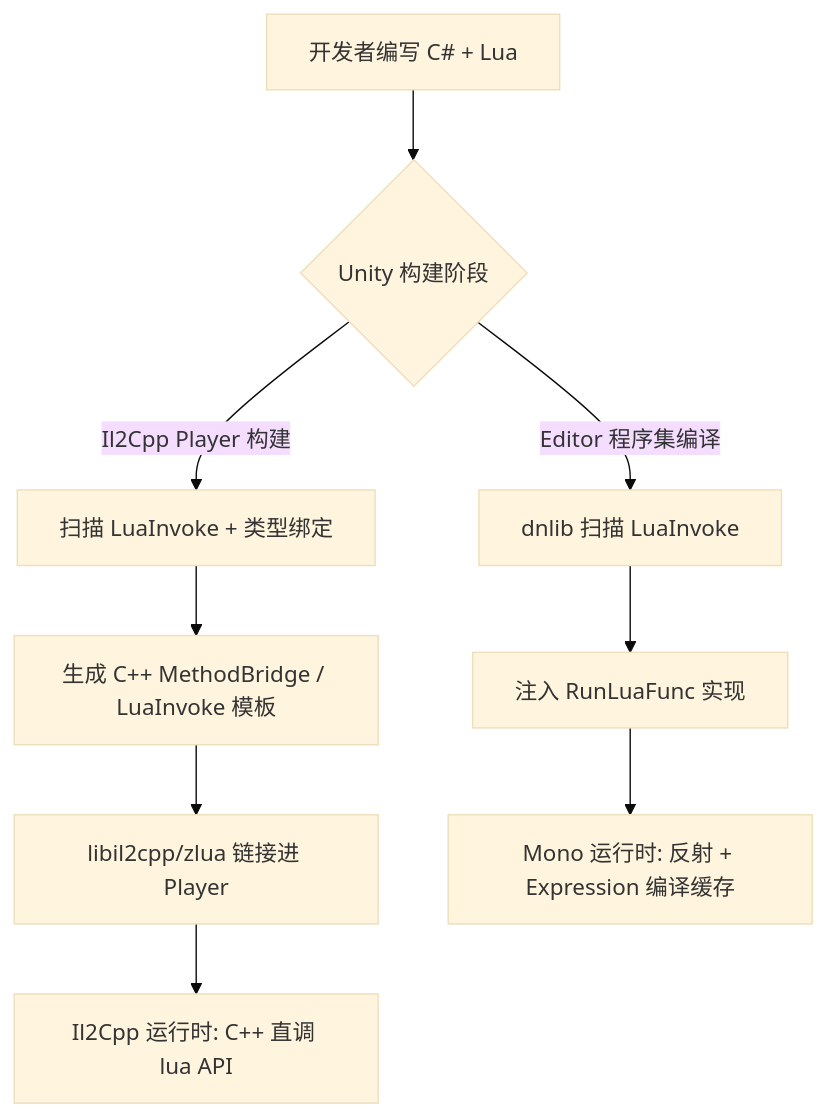
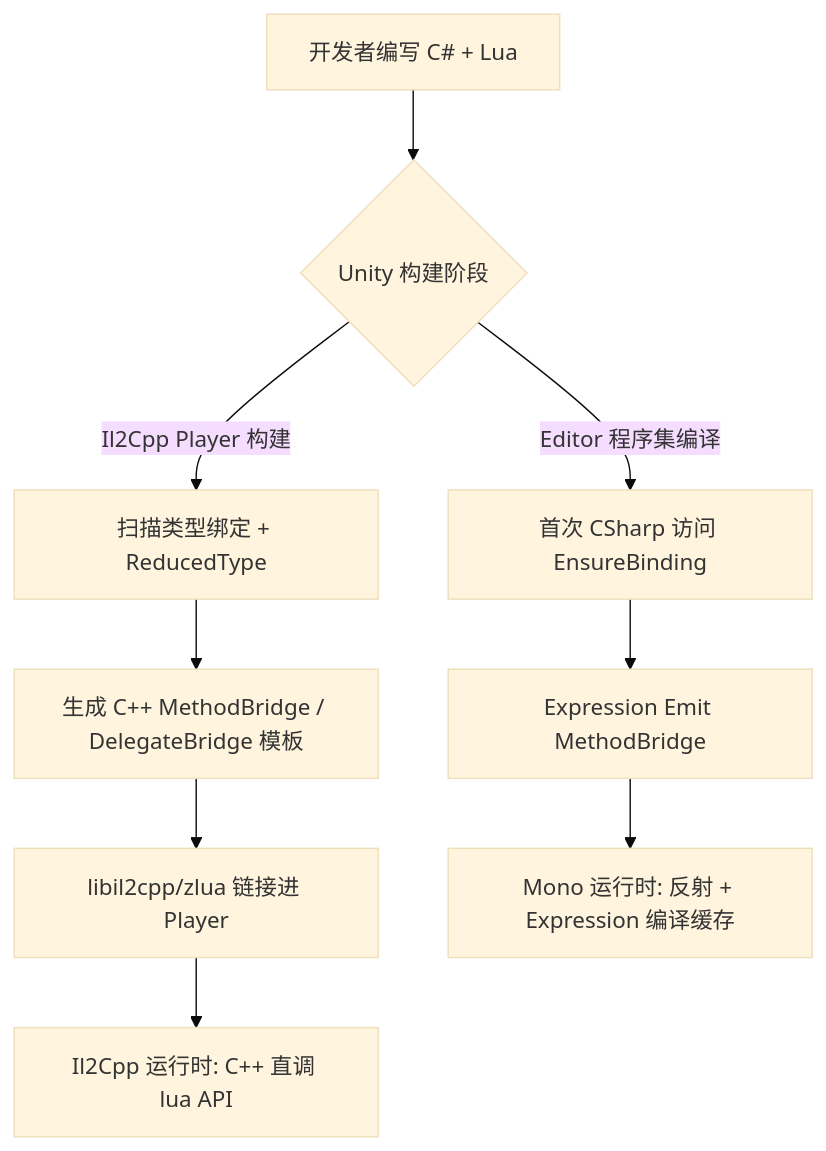
The second of 2 diagrams in docs/concepts/design-overview.md (focus-creative-games/zlua-doc), drawn with Mermaid (base theme) before and after one commit. The commit also changed other lines of this file and 48 other files, not shown here.

Commit message:
doc: remove `LuaInvoke`

````diff
--- a/docs/concepts/design-overview.md
+++ b/docs/concepts/design-overview.md
@@ -62,11 +61,11 @@
 ```mermaid
 flowchart TB
     A[开发者编写 C# + Lua] --> B{Unity 构建阶段}
-    B -->|Editor 程序集编译| C[dnlib 扫描 LuaInvoke]
-    C --> D[注入 RunLuaFunc 实现]
-    B -->|Il2Cpp Player 构建| E[扫描 LuaInvoke + 类型绑定]
-    E --> F[生成 C++ MethodBridge / LuaInvoke 模板]
+    B -->|Editor 程序集编译| C[首次 CSharp 访问 EnsureBinding]
+    C --> D[Expression Emit MethodBridge]
+    B -->|Il2Cpp Player 构建| E[扫描类型绑定 + ReducedType]
+    E --> F[生成 C++ MethodBridge / DelegateBridge 模板]
     F --> G[libil2cpp/zlua 链接进 Player]
     D --> H[Mono 运行时: 反射 + Expression 编译缓存]
     G --> I[Il2Cpp 运行时: C++ 直调 lua API]
 ```
````
